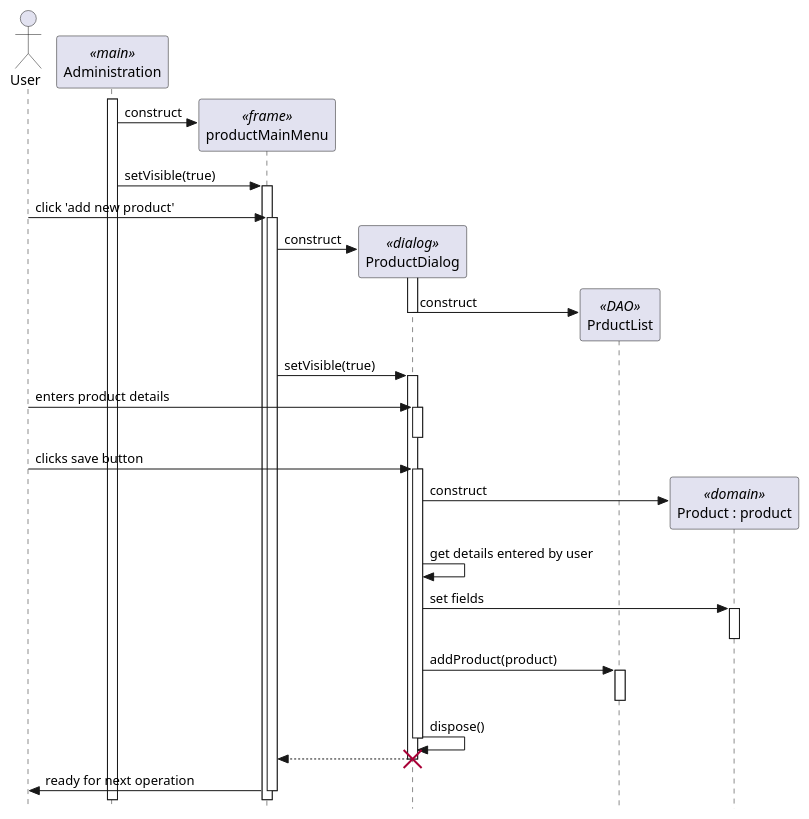
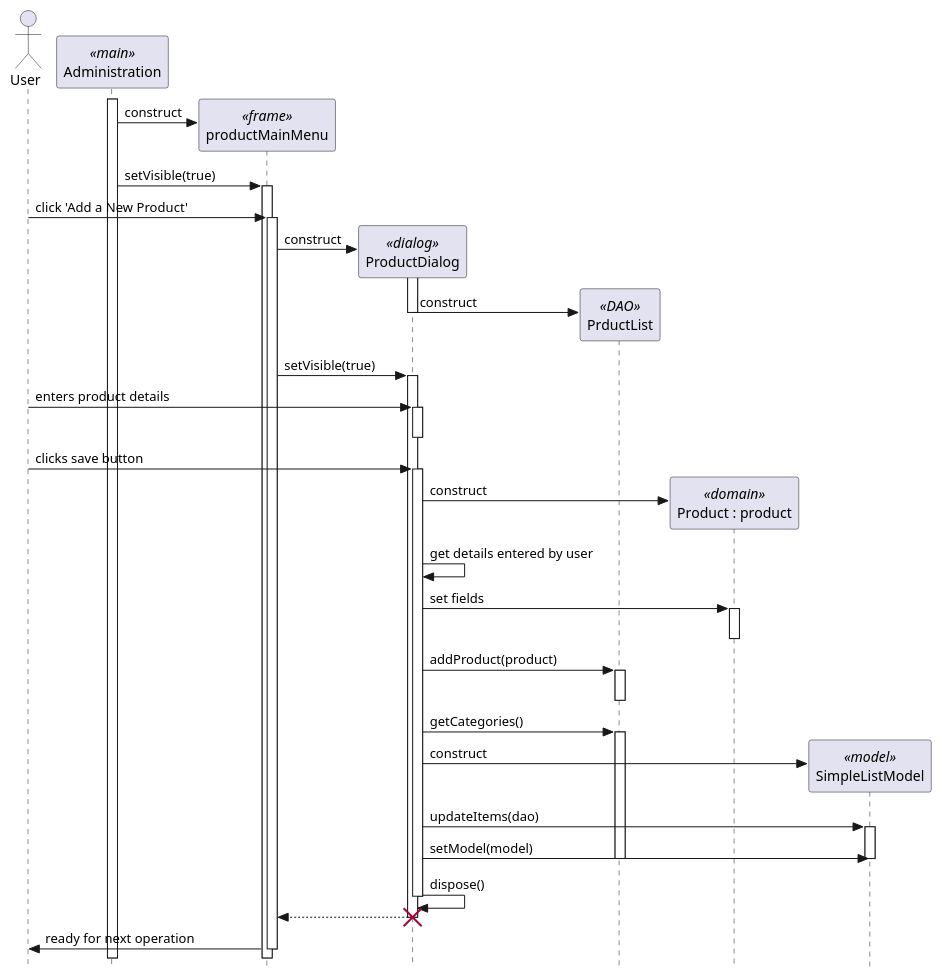
The diagram in sale/addNewProduct.pu (Kateli24/202), drawn with PlantUML before and after one commit.

Commit message:
fixed sequence diagram for "add a new product".References #19.

```diff
--- a/sale/addNewProduct.pu
+++ b/sale/addNewProduct.pu
@@ -1,67 +1,74 @@
 @startuml
 ' use strict UML mode
 skinparam style strictuml
 
 actor "User" as user
 
 participant "Administration" as main <<main>>
 main++
 
 create "productMainMenu" as menu <<frame>>
 main -> menu : construct
 main -> menu++ : setVisible(true)
 
-user -> menu++ : click 'add new product'
+user -> menu++ : click 'Add a New Product'
 
 create "ProductDialog" as editor <<dialog>>
 menu -> editor : construct
 
 'activate editor constructor
 editor++
 
 ' create a DAO
 create "PrductList" as dao <<DAO>>
 editor -> dao : construct
+
 editor--
 
 menu -> editor++ : setVisible(true)
 
 
 
 ' user enters product details and clicks the save button
 user -> editor++ : enters product details
 editor--
 user -> editor++ : clicks save button
 
 ' construct the product object
 create "Product : product" as product <<domain>>
 editor -> product : construct
 
+
 ' get the details from the text component
 editor -> editor : get details entered by user
 
 
 ' set the id field in the product
 editor -> product++ : set fields
 product--
 
-
-
-
-
 ' save product
 editor -> dao++ : addProduct(product)
+dao--
 
+'display categories
+editor -> dao++ : getCategories()
+
+create "SimpleListModel" as model <<model>>
+editor -> model : construct
+editor -> model++ :updateItems(dao)
+editor -> model : setModel(model)
+model--
 dao--
 
 
 ' dispose dialog
 editor -> editor-- : dispose()
 
 ' show control returning to the menu as the dialog closes
 return
 
 destroy editor
 
 menu –> user-- : ready for next operation
 @enduml
```
